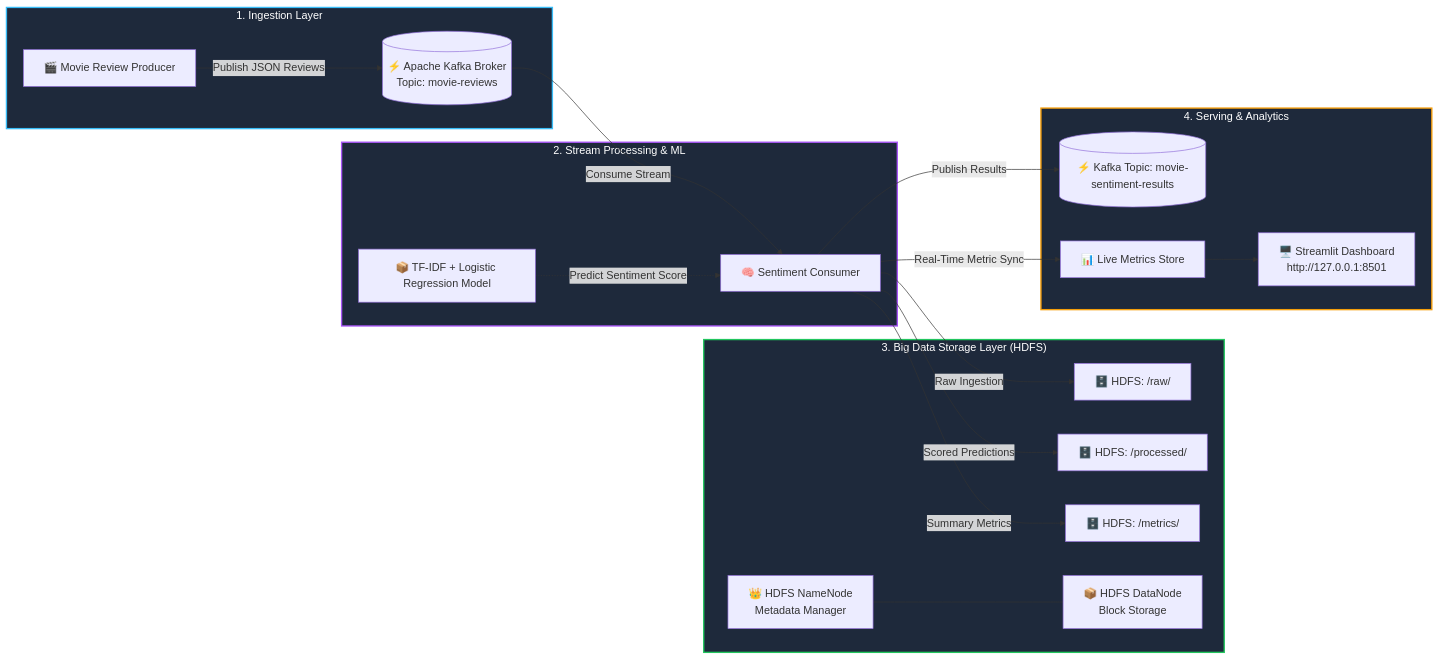
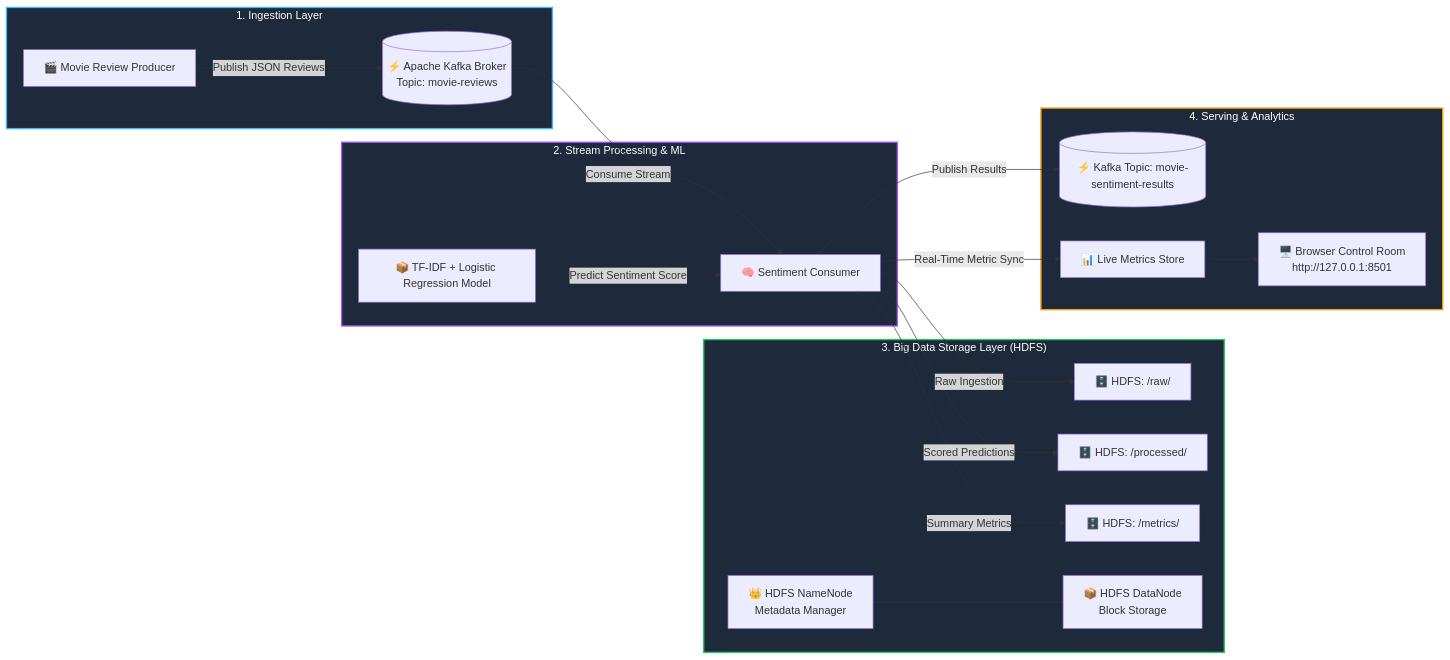
Before and after one commit to Adwait-aayush/BDAlab: the diagram in FLOW.MD, drawn with Mermaid. The commit also changed other lines of this file and 14 other files, not shown here.

````diff
--- a/FLOW.MD
+++ b/FLOW.MD
@@ -9,29 +9,29 @@
 ```mermaid
 flowchart LR
     subgraph INGESTION["1. Ingestion Layer"]
         P[🎬 Movie Review Producer] -->|Publish JSON Reviews| K[(⚡ Apache Kafka Broker<br/>Topic: movie-reviews)]
     end
 
     subgraph PROCESSING["2. Stream Processing & ML"]
         K -->|Consume Stream| C[🧠 Sentiment Consumer]
         M[📦 TF-IDF + Logistic Regression Model] -.->|Predict Sentiment Score| C
     end
 
     subgraph STORAGE["3. Big Data Storage Layer (HDFS)"]
         C -->|Raw Ingestion| H1[🗄️ HDFS: /raw/]
         C -->|Scored Predictions| H2[🗄️ HDFS: /processed/]
         C -->|Summary Metrics| H3[🗄️ HDFS: /metrics/]
         NN[👑 HDFS NameNode<br/>Metadata Manager] --- DN[📦 HDFS DataNode<br/>Block Storage]
     end
 
     subgraph VISUALIZATION["4. Serving & Analytics"]
         C -->|Publish Results| KP[(⚡ Kafka Topic: movie-sentiment-results)]
         C -->|Real-Time Metric Sync| ART[📊 Live Metrics Store]
-        ART --> D[🖥️ Streamlit Dashboard<br/>http://127.0.0.1:8501]
+        ART --> D[🖥️ Browser Control Room<br/>http://127.0.0.1:8501]
     end
 
     style INGESTION fill:#1e293b,stroke:#38bdf8,stroke-width:2px,color:#fff
     style PROCESSING fill:#1e293b,stroke:#a855f7,stroke-width:2px,color:#fff
     style STORAGE fill:#1e293b,stroke:#22c55e,stroke-width:2px,color:#fff
     style VISUALIZATION fill:#1e293b,stroke:#f59e0b,stroke-width:2px,color:#fff
 ```
````
